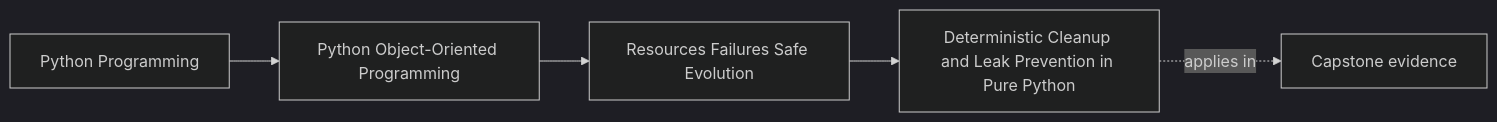
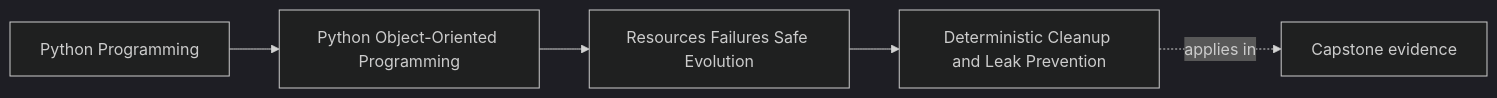
Before and after one commit to bijux/bijux-masterclass: the first of 2 diagrams in programs/python-programming/python-object-oriented-programming/course-book/module-05-resources-failures-safe-evolution/deterministic-cleanup-and-leak-prevention.md, drawn with Mermaid (dark theme). The commit also changed other lines of this file, not shown here.

Commit message:
docs(oop): make cleanup timing part of the contract

````diff
--- a/programs/python-programming/python-object-oriented-programming/course-book/module-05-resources-failures-safe-evolution/deterministic-cleanup-and-leak-prevention.md
+++ b/programs/python-programming/python-object-oriented-programming/course-book/module-05-resources-failures-safe-evolution/deterministic-cleanup-and-leak-prevention.md
@@ -7,11 +6,11 @@
 ```mermaid
 graph LR
   family["Python Programming"]
   program["Python Object-Oriented Programming"]
   section["Resources Failures Safe Evolution"]
-  page["Deterministic Cleanup and Leak Prevention in Pure Python"]
+  page["Deterministic Cleanup and Leak Prevention"]
   capstone["Capstone evidence"]
 
   family --> program --> section --> page
   page -.applies in.-> capstone
 ```
````
